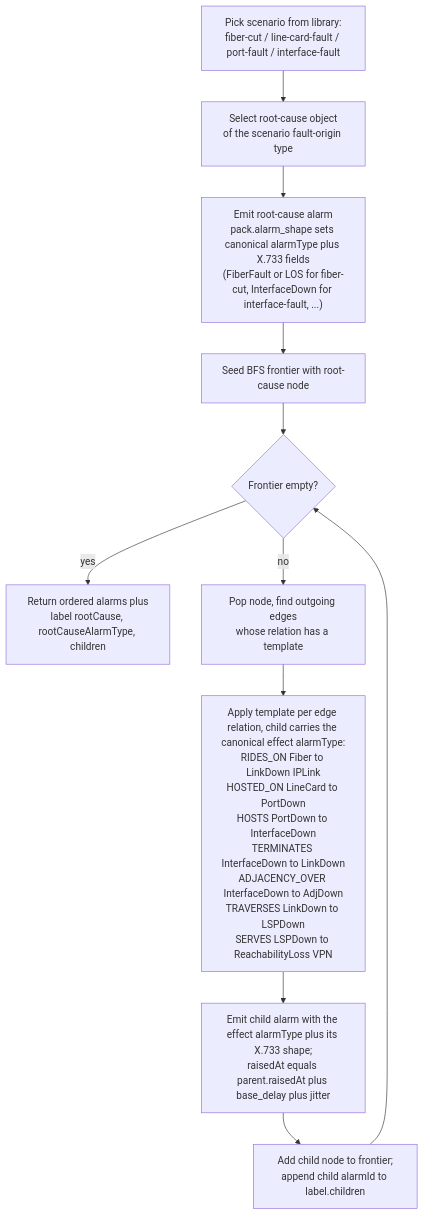
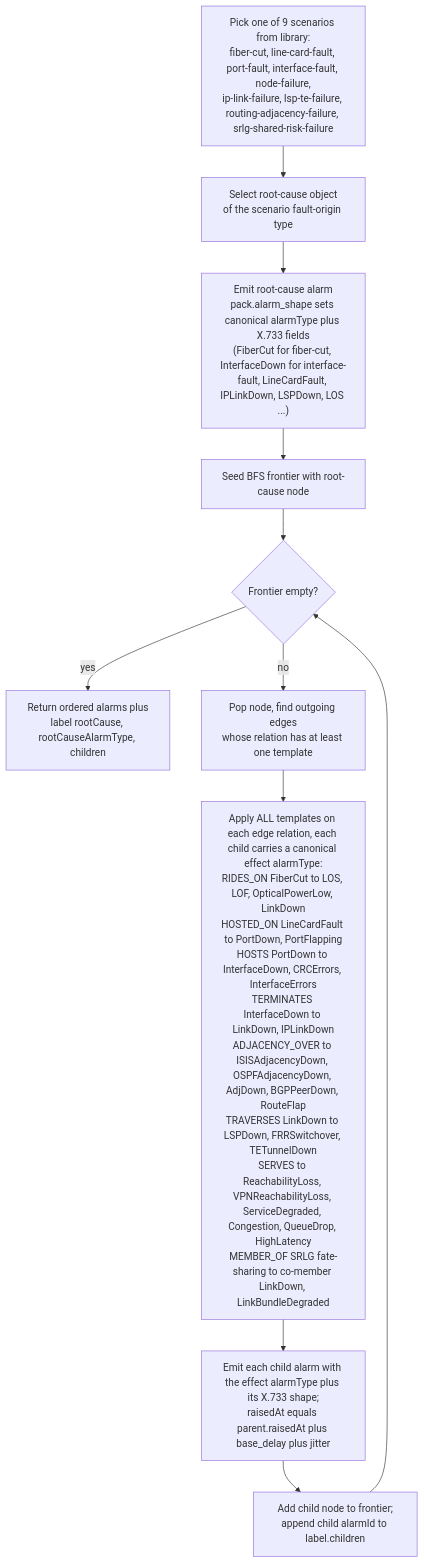
The sixth of 9 diagrams in services/simulator/design.md (nikhilmohan/correlation-platform), drawn with Mermaid before and after one commit. The commit also changed other lines of this file and 1 other file, not shown here.

First line of the commit message:
design(simulator): MVP-achievability grounding — richer pack, igpArea, volume profiles

````diff
--- a/services/simulator/design.md
+++ b/services/simulator/design.md
@@ -466,13 +568,13 @@
 ```mermaid
 flowchart TD
-  A[Pick scenario from library:<br/>fiber-cut / line-card-fault / port-fault / interface-fault] --> B[Select root-cause object<br/>of the scenario fault-origin type]
-  B --> C["Emit root-cause alarm<br/>pack.alarm_shape sets canonical alarmType plus X.733 fields<br/>(FiberFault or LOS for fiber-cut, InterfaceDown for interface-fault, ...)"]
+  A["Pick one of 9 scenarios from library:<br/>fiber-cut, line-card-fault, port-fault, interface-fault, node-failure,<br/>ip-link-failure, lsp-te-failure, routing-adjacency-failure, srlg-shared-risk-failure"] --> B[Select root-cause object<br/>of the scenario fault-origin type]
+  B --> C["Emit root-cause alarm<br/>pack.alarm_shape sets canonical alarmType plus X.733 fields<br/>(FiberCut for fiber-cut, InterfaceDown for interface-fault, LineCardFault, IPLinkDown, LSPDown, LOS ...)"]
   C --> D[Seed BFS frontier with root-cause node]
   D --> E{Frontier empty?}
   E -- yes --> Z["Return ordered alarms plus<br/>label rootCause, rootCauseAlarmType, children"]
-  E -- no --> F[Pop node, find outgoing edges<br/>whose relation has a template]
-  F --> G["Apply template per edge relation, child carries the canonical effect alarmType:<br/>RIDES_ON Fiber to LinkDown IPLink<br/>HOSTED_ON LineCard to PortDown<br/>HOSTS PortDown to InterfaceDown<br/>TERMINATES InterfaceDown to LinkDown<br/>ADJACENCY_OVER InterfaceDown to AdjDown<br/>TRAVERSES LinkDown to LSPDown<br/>SERVES LSPDown to ReachabilityLoss VPN"]
-  G --> H[Emit child alarm with the effect alarmType plus its X.733 shape;<br/>raisedAt equals parent.raisedAt plus base_delay plus jitter]
+  E -- no --> F[Pop node, find outgoing edges<br/>whose relation has at least one template]
+  F --> G["Apply ALL templates on each edge relation, each child carries a canonical effect alarmType:<br/>RIDES_ON FiberCut to LOS, LOF, OpticalPowerLow, LinkDown<br/>HOSTED_ON LineCardFault to PortDown, PortFlapping<br/>HOSTS PortDown to InterfaceDown, CRCErrors, InterfaceErrors<br/>TERMINATES InterfaceDown to LinkDown, IPLinkDown<br/>ADJACENCY_OVER to ISISAdjacencyDown, OSPFAdjacencyDown, AdjDown, BGPPeerDown, RouteFlap<br/>TRAVERSES LinkDown to LSPDown, FRRSwitchover, TETunnelDown<br/>SERVES to ReachabilityLoss, VPNReachabilityLoss, ServiceDegraded, Congestion, QueueDrop, HighLatency<br/>MEMBER_OF SRLG fate-sharing to co-member LinkDown, LinkBundleDegraded"]
+  G --> H[Emit each child alarm with the effect alarmType plus its X.733 shape;<br/>raisedAt equals parent.raisedAt plus base_delay plus jitter]
   H --> I[Add child node to frontier;<br/>append child alarmId to label.children]
   I --> E
 ```
````
